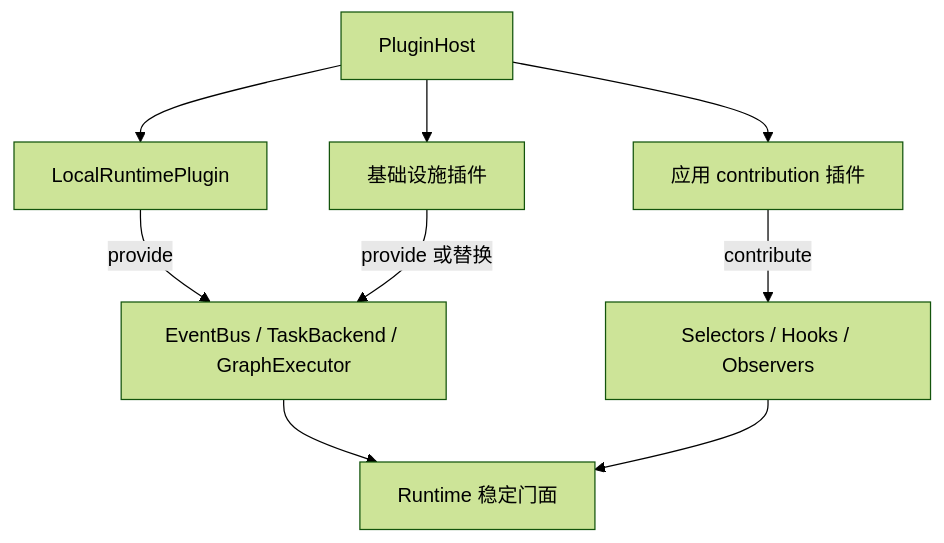
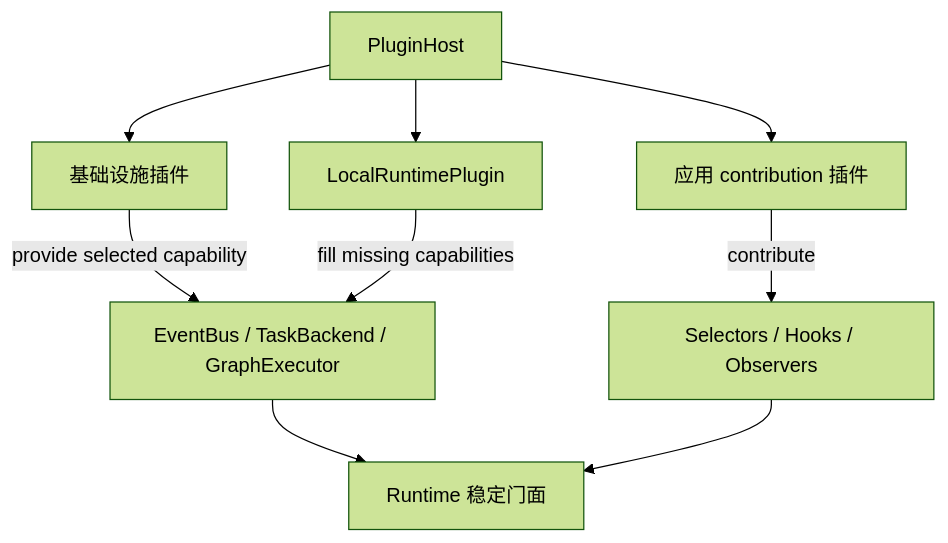
One commit to KKKKKKKEM/interlace changed the first of 3 diagrams in docs/07-plugins.md. Above: the diagram before and after it, drawn with Mermaid (forest theme). The commit also changed other lines of this file and 15 other files, not shown here.

First line of the commit message:
Refactor EventBus and TaskBackend to improve slot lease handling

````diff
--- a/docs/07-plugins.md
+++ b/docs/07-plugins.md
@@ -43,16 +45,16 @@
 ```mermaid
 flowchart TB
     Host[PluginHost]
     Local[LocalRuntimePlugin]
     Infra[基础设施插件]
     Feature[应用 contribution 插件]
 
     Host --> Local
     Host --> Infra
     Host --> Feature
-    Local -->|provide| CoreCaps[EventBus / TaskBackend / GraphExecutor]
-    Infra -->|provide 或替换| CoreCaps
+    Infra -->|provide selected capability| CoreCaps[EventBus / TaskBackend / GraphExecutor]
+    Local -->|fill missing capabilities| CoreCaps
     Feature -->|contribute| Contributions[Selectors / Hooks / Observers]
     CoreCaps --> Runtime[Runtime 稳定门面]
     Contributions --> Runtime
 ```
````
